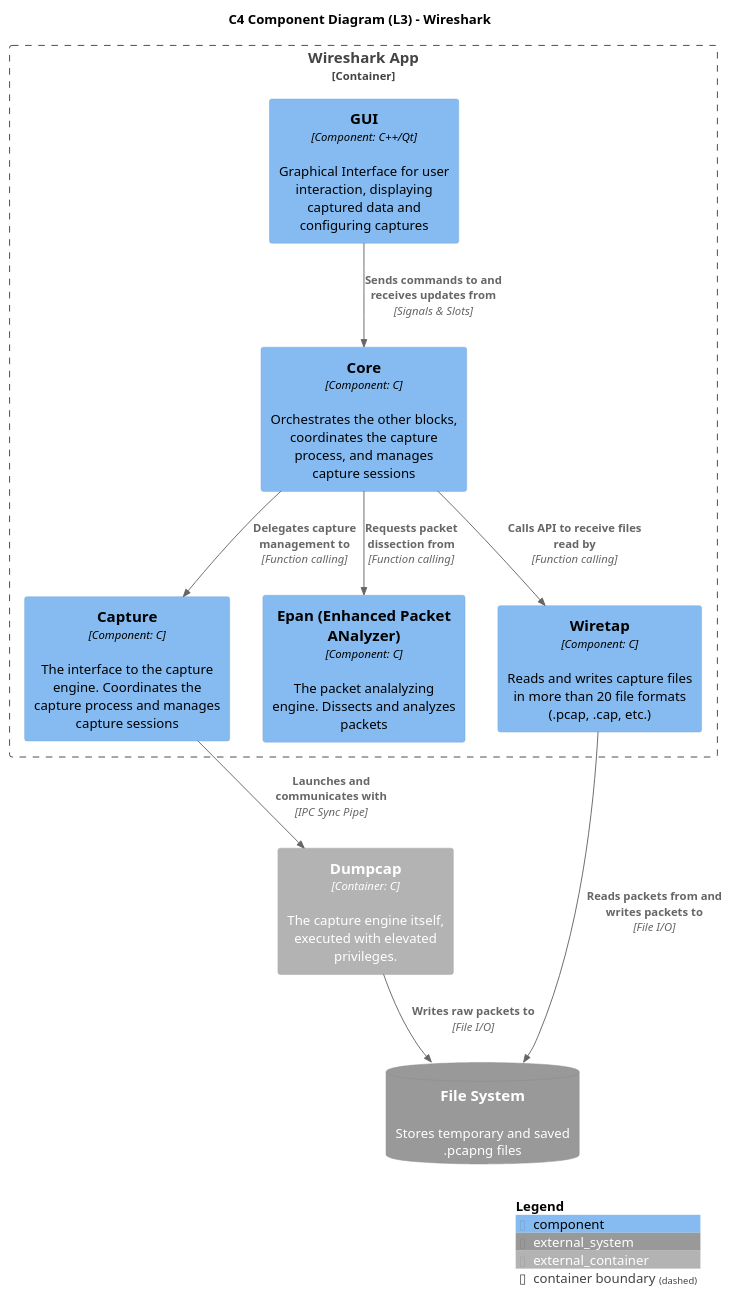
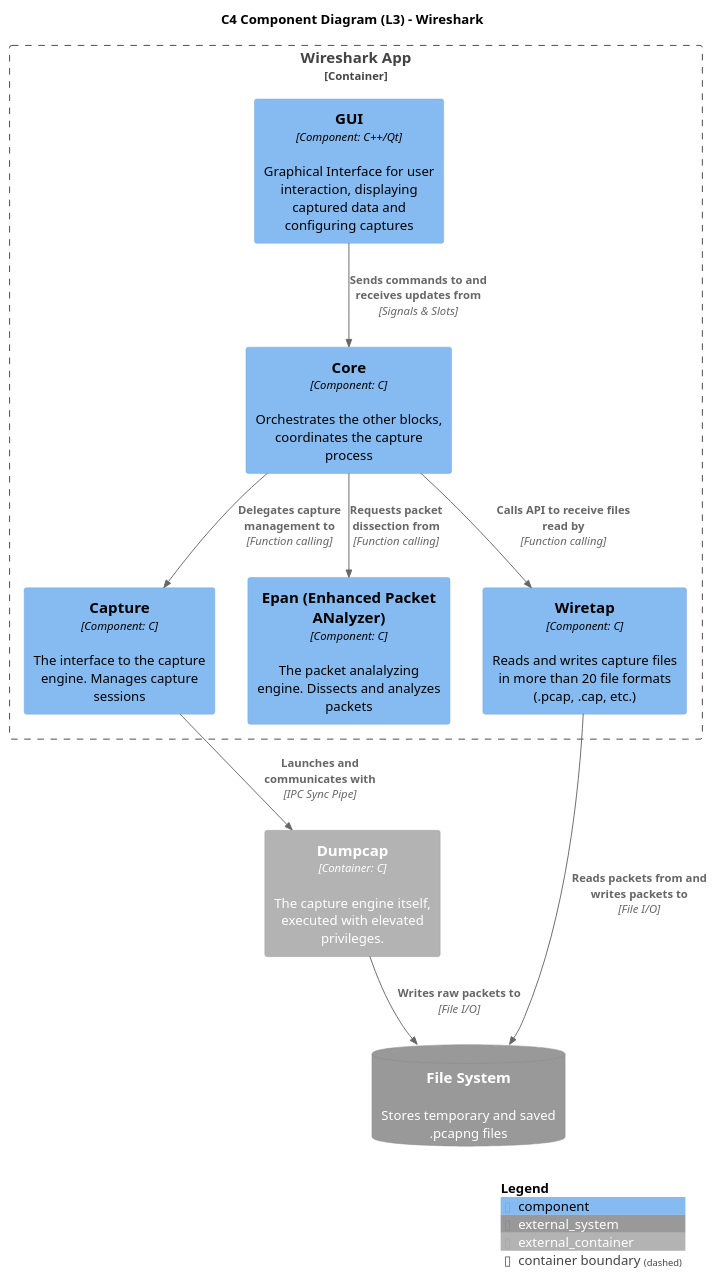
One commit to SDA-Team05/project-team05 changed the diagram in reports/architecture-diagrams/sketches/component_sketch.puml. Above: the diagram before and after it, drawn with PlantUML.

Commit message:
fixed capture description

```diff
--- a/reports/architecture-diagrams/sketches/component_sketch.puml
+++ b/reports/architecture-diagrams/sketches/component_sketch.puml
@@ -1,37 +1,37 @@
 @startuml C4_Elements_L3
 !include https://raw.githubusercontent.com/plantuml-stdlib/C4-PlantUML/master/C4_Component.puml
 
 title C4 Component Diagram (L3) - Wireshark
 
 Container_Boundary(wiresharkBoundary, "Wireshark App") {
     Component(gui, "GUI", "Component: C++/Qt", "Graphical Interface for user interaction, displaying captured data and configuring captures")
-    Component(core, "Core", "Component: C", "Orchestrates the other blocks, coordinates the capture process, and manages capture sessions")
-    Component(capture, "Capture", "Component: C", "The interface to the capture engine. Coordinates the capture process and manages capture sessions")
+    Component(core, "Core", "Component: C", "Orchestrates the other blocks, coordinates the capture process")
+    Component(capture, "Capture", "Component: C", "The interface to the capture engine. Manages capture sessions")
     Component(epan, "Epan (Enhanced Packet ANalyzer)", "Component: C", "The packet analalyzing engine. Dissects and analyzes packets")
     Component(wireTap, "Wiretap", "Component: C", "Reads and writes capture files in more than 20 file formats (.pcap, .cap, etc.)")
 }
 
 Container_Ext(dumpcap, "Dumpcap", "Container: C", "The capture engine itself, executed with elevated privileges.")
 SystemDb_Ext(filesystem, "File System", "Stores temporary and saved .pcapng files")
 
 Rel(gui, core, "Sends commands to and receives updates from", "Signals & Slots")
 Rel(core, capture, "Delegates capture management to", "Function calling")
 Rel(core, epan, "Requests packet dissection from", "Function calling")
 
 Rel(capture, dumpcap, "Launches and communicates with", "IPC Sync Pipe")
 ' Capture initializes dumpcap. The core communicates with Dumpcap thanks to Capture
 Rel(dumpcap, filesystem, "Writes raw packets to", "File I/O")
 ' Dumpcap writes raw packets in a temporary file on the hard disk.
 ' Once a packets block has been written, Dumpcap signals Capture, which in turn signals the Core
 
 Rel(core, wireTap, "Calls API to receive files read by", "Function calling")
 ' Once the Core receives the signal, it uses Wiretap to read the packets
 
 Rel(wireTap, filesystem, "Reads packets from and writes packets to", "File I/O")
 ' Wiretap reads the packets from the hard disk
 
 ' CONNECTION BETWEEN WIRETAP AND CAPTURE IS ONLY FOR SHARED DATA STRUCTURES AND FILE FORMATS, NOT FOR FUNCTION CALLS.
 ' UTILITIES ARE EXCLUDED SINCE THEY ARE NOT COMPONENTS, BUT RATHER HELPER CLASSES AND FUNCTIONS USED BY THE COMPONENTS.
 
 SHOW_LEGEND()
 @enduml
```
